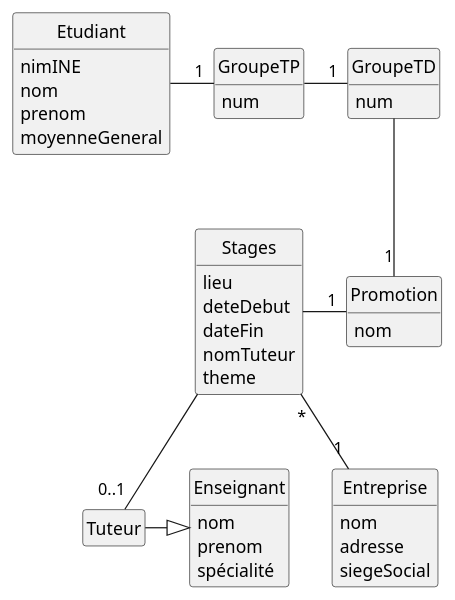
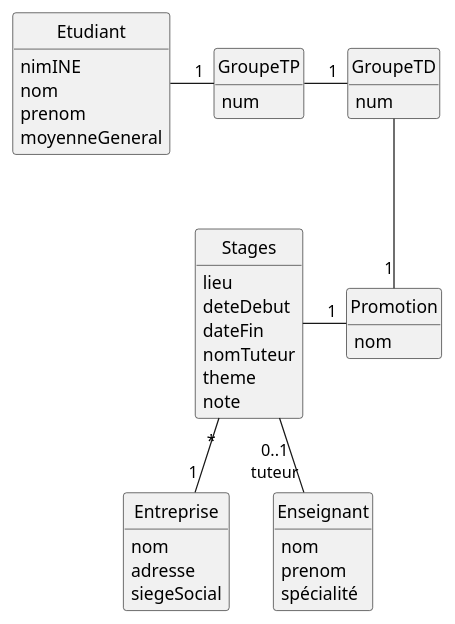
The diagram in TD3.1.plantuml (IUT-Blagnac/bcoo-Killian-Milot), drawn with PlantUML before and after one commit.

Commit message:
Fix 3.1 : correction

```diff
--- a/TD3.1.plantuml
+++ b/TD3.1.plantuml
@@ -1,59 +1,59 @@
 @startuml Titre
 '--------------------------------
 ' Parametres pour le dessin
 '--------------------------------
 hide circle
 hide empty members
 hide empty methods
 '--------------------------------
 
 
 class Stages { 
   lieu
   deteDebut
   dateFin
   nomTuteur
   theme
+  note
 }
 
 class Entreprise{
   nom 
   adresse
   siegeSocial
 }
 
 class Promotion{
   nom
 }
 
 class Etudiant{
   nimINE
   nom
   prenom
   moyenneGeneral
 }
 
 class GroupeTP{
   num
 }
 
 class GroupeTD{
   num
 }
 
 class Enseignant {
   nom
   prenom
   spécialité
 }
 
-Tuteur -|> Enseignant 
 
 Stages "*" --  "1" Entreprise
 Stages -  "1" Promotion
 Etudiant -  "1" GroupeTP
 GroupeTP -  "1" GroupeTD
 GroupeTD -- "1" Promotion
-Stages -- "0..1" Tuteur
+Stages -- "0..1\ntuteur" Enseignant
 
 @enduml
```
